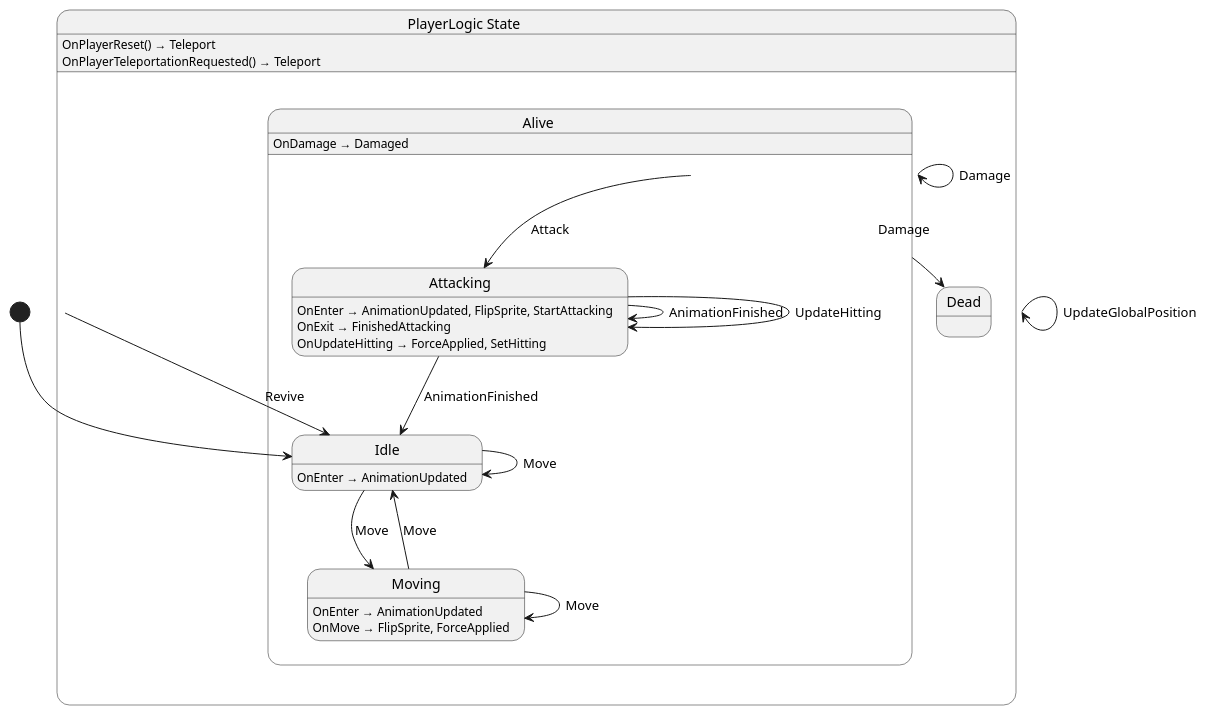
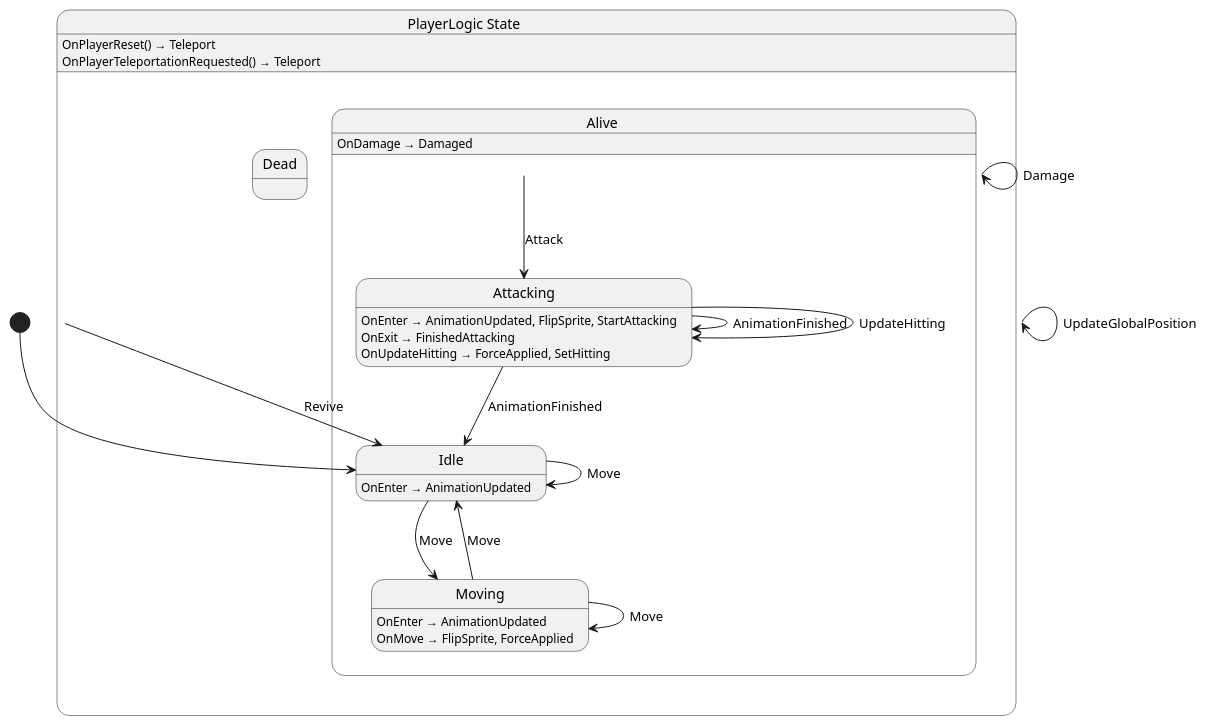
One commit to nilsiker/godot-wild-jam-77 changed the diagram in src/player/state/PlayerLogic.g.puml. Above: the diagram before and after it, drawn with PlantUML. The commit also changed 12 other files, not shown here.

```diff
--- a/src/player/state/PlayerLogic.g.puml
+++ b/src/player/state/PlayerLogic.g.puml
@@ -1,35 +1,34 @@
 @startuml PlayerLogic
 state "PlayerLogic State" as Nevergreen_PlayerLogic_State {
   state "Alive" as Nevergreen_PlayerLogic_State_Alive {
     state "Attacking" as Nevergreen_PlayerLogic_State_Alive_Attacking
     state "Idle" as Nevergreen_PlayerLogic_State_Alive_Idle
     state "Moving" as Nevergreen_PlayerLogic_State_Alive_Moving
   }
   state "Dead" as Nevergreen_PlayerLogic_State_Dead
 }
 
 Nevergreen_PlayerLogic_State --> Nevergreen_PlayerLogic_State : UpdateGlobalPosition
 Nevergreen_PlayerLogic_State --> Nevergreen_PlayerLogic_State_Alive_Idle : Revive
 Nevergreen_PlayerLogic_State_Alive --> Nevergreen_PlayerLogic_State_Alive : Damage
 Nevergreen_PlayerLogic_State_Alive --> Nevergreen_PlayerLogic_State_Alive_Attacking : Attack
-Nevergreen_PlayerLogic_State_Alive --> Nevergreen_PlayerLogic_State_Dead : Damage
 Nevergreen_PlayerLogic_State_Alive_Attacking --> Nevergreen_PlayerLogic_State_Alive_Attacking : AnimationFinished
 Nevergreen_PlayerLogic_State_Alive_Attacking --> Nevergreen_PlayerLogic_State_Alive_Attacking : UpdateHitting
 Nevergreen_PlayerLogic_State_Alive_Attacking --> Nevergreen_PlayerLogic_State_Alive_Idle : AnimationFinished
 Nevergreen_PlayerLogic_State_Alive_Idle --> Nevergreen_PlayerLogic_State_Alive_Idle : Move
 Nevergreen_PlayerLogic_State_Alive_Idle --> Nevergreen_PlayerLogic_State_Alive_Moving : Move
 Nevergreen_PlayerLogic_State_Alive_Moving --> Nevergreen_PlayerLogic_State_Alive_Idle : Move
 Nevergreen_PlayerLogic_State_Alive_Moving --> Nevergreen_PlayerLogic_State_Alive_Moving : Move
 
 Nevergreen_PlayerLogic_State : OnPlayerReset() → Teleport
 Nevergreen_PlayerLogic_State : OnPlayerTeleportationRequested() → Teleport
 Nevergreen_PlayerLogic_State_Alive : OnDamage → Damaged
 Nevergreen_PlayerLogic_State_Alive_Attacking : OnEnter → AnimationUpdated, FlipSprite, StartAttacking
 Nevergreen_PlayerLogic_State_Alive_Attacking : OnExit → FinishedAttacking
 Nevergreen_PlayerLogic_State_Alive_Attacking : OnUpdateHitting → ForceApplied, SetHitting
 Nevergreen_PlayerLogic_State_Alive_Idle : OnEnter → AnimationUpdated
 Nevergreen_PlayerLogic_State_Alive_Moving : OnEnter → AnimationUpdated
 Nevergreen_PlayerLogic_State_Alive_Moving : OnMove → FlipSprite, ForceApplied
 
 [*] --> Nevergreen_PlayerLogic_State_Alive_Idle
 @enduml
```
